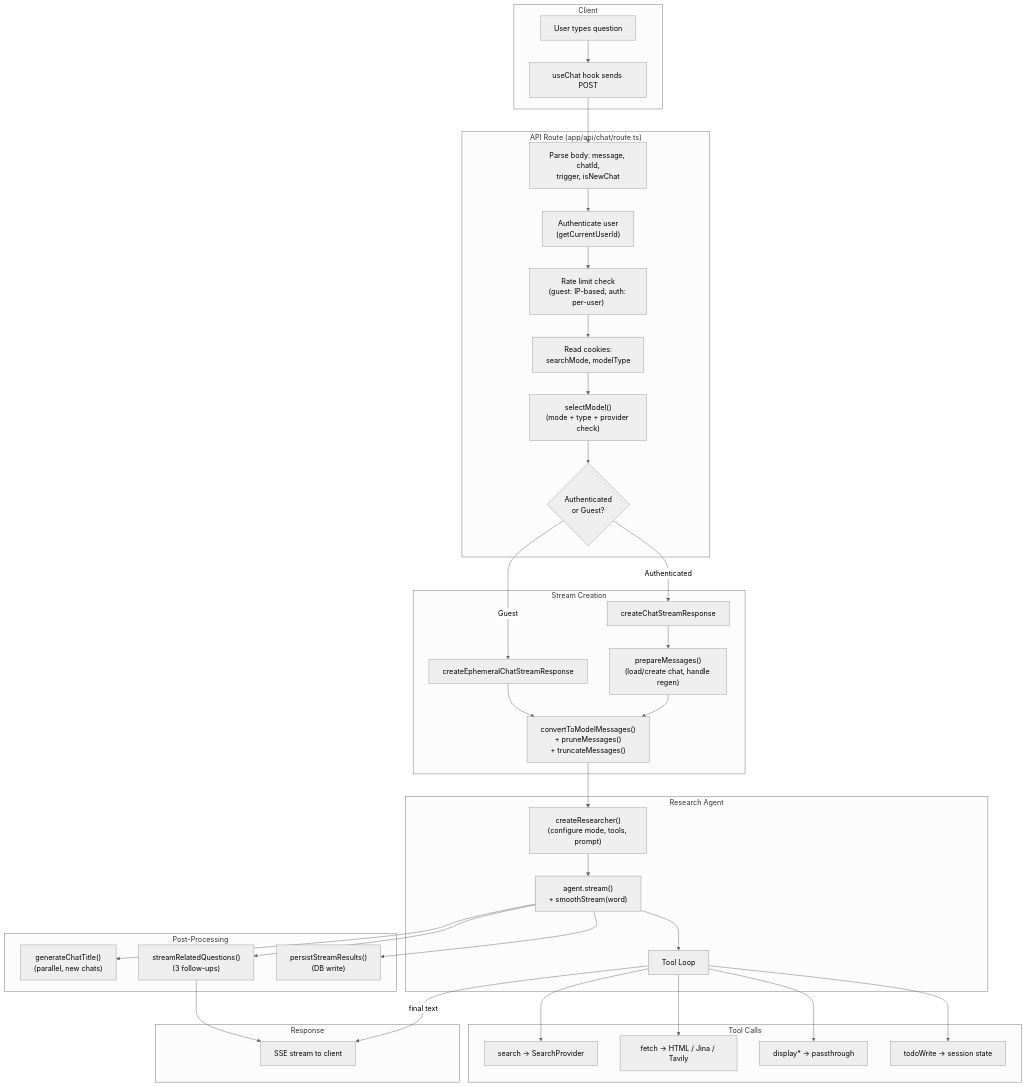
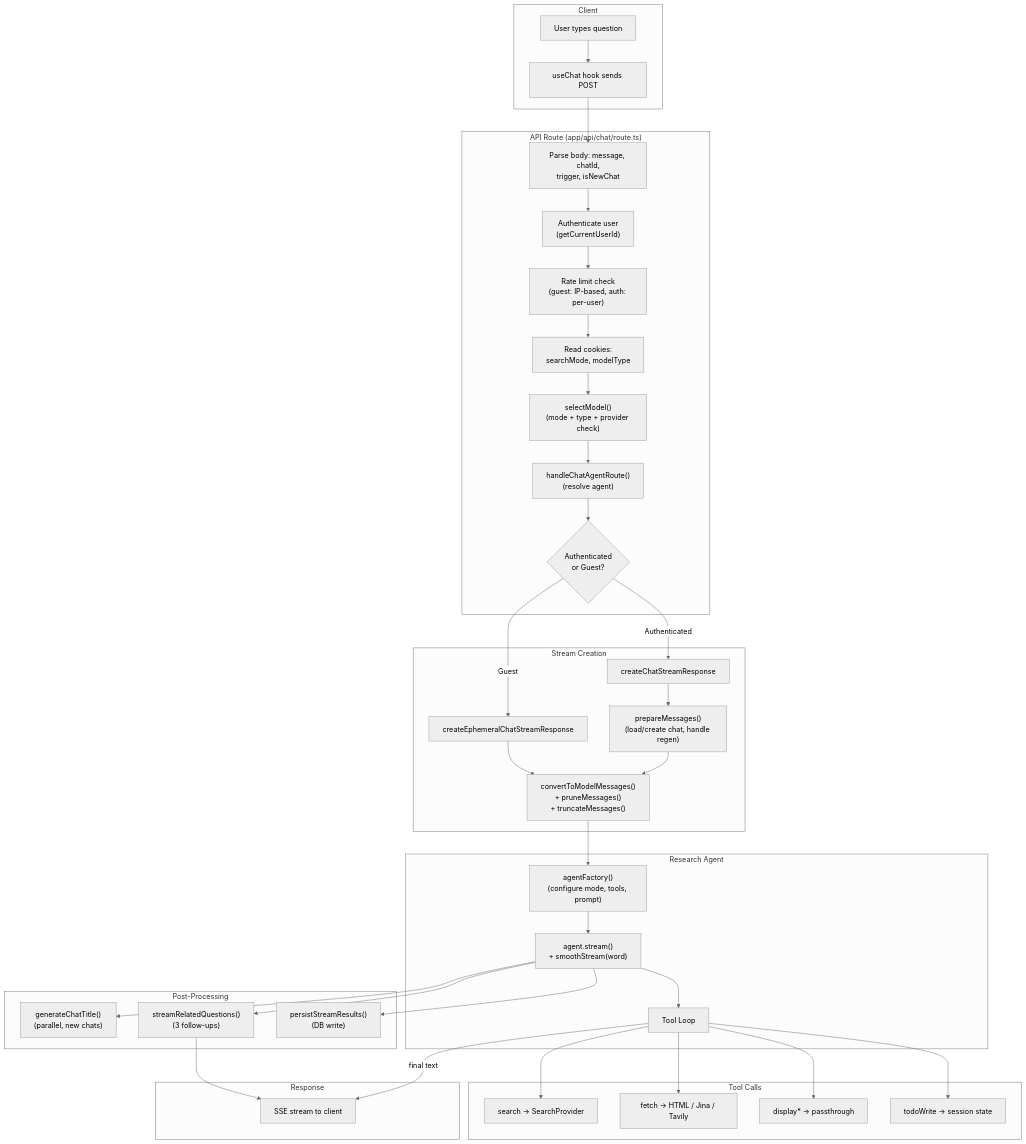
The second of 5 diagrams in docs/architecture/RESEARCH-AGENT.md (NickB03/polymorph), drawn with Mermaid (neutral theme) before and after one commit. The commit also changed other lines of this file and 65 other files, not shown here.

````diff
--- a/docs/architecture/RESEARCH-AGENT.md
+++ b/docs/architecture/RESEARCH-AGENT.md
@@ -58,61 +58,62 @@
 ```mermaid
 flowchart TD
     subgraph ClientLayer["Client"]
         UserInput["User types question"]
         UseChat["useChat hook sends POST"]
     end
 
     subgraph APILayer["API Route (app/api/chat/route.ts)"]
         ParseBody["Parse body: message, chatId,<br/>trigger, isNewChat"]
         Auth["Authenticate user<br/>(getCurrentUserId)"]
         RateLimit["Rate limit check<br/>(guest: IP-based, auth: per-user)"]
         ReadCookies["Read cookies:<br/>searchMode, modelType"]
         SelectModel["selectModel()<br/>(mode + type + provider check)"]
+        DelegateAgent["handleChatAgentRoute()<br/>(resolve agent)"]
         DispatchStream{"Authenticated<br/>or Guest?"}
     end
 
     subgraph StreamLayer["Stream Creation"]
         AuthStream["createChatStreamResponse"]
         EphStream["createEphemeralChatStreamResponse"]
         PrepareMsg["prepareMessages()<br/>(load/create chat, handle regen)"]
         ConvertMsg["convertToModelMessages()<br/>+ pruneMessages()<br/>+ truncateMessages()"]
     end
 
     subgraph AgentLayer["Research Agent"]
-        CreateAgent["createResearcher()<br/>(configure mode, tools, prompt)"]
+        CreateAgent["agentFactory()<br/>(configure mode, tools, prompt)"]
         AgentStream["agent.stream()<br/>+ smoothStream(word)"]
         ToolLoop["Tool Loop"]
     end
 
     subgraph ToolExecution["Tool Calls"]
         SearchTool["search → SearchProvider"]
         FetchTool["fetch → HTML / Jina / Tavily"]
         DisplayTools["display* → passthrough"]
         TodoTool["todoWrite → session state"]
     end
 
     subgraph PostProcess["Post-Processing"]
         TitleGen["generateChatTitle()<br/>(parallel, new chats)"]
         RelatedQ["streamRelatedQuestions()<br/>(3 follow-ups)"]
         Persist["persistStreamResults()<br/>(DB write)"]
     end
 
     subgraph Response["Response"]
         SSE["SSE stream to client"]
     end
 
-    UserInput --> UseChat --> ParseBody --> Auth --> RateLimit --> ReadCookies --> SelectModel --> DispatchStream
+    UserInput --> UseChat --> ParseBody --> Auth --> RateLimit --> ReadCookies --> SelectModel --> DelegateAgent --> DispatchStream
     DispatchStream -->|Authenticated| AuthStream
     DispatchStream -->|Guest| EphStream
     AuthStream --> PrepareMsg --> ConvertMsg
     EphStream --> ConvertMsg
     ConvertMsg --> CreateAgent --> AgentStream --> ToolLoop
     ToolLoop --> SearchTool
     ToolLoop --> FetchTool
     ToolLoop --> DisplayTools
     ToolLoop --> TodoTool
     ToolLoop -->|"final text"| SSE
     AgentStream --> TitleGen
     AgentStream --> RelatedQ --> SSE
     AgentStream --> Persist
 ```
````
